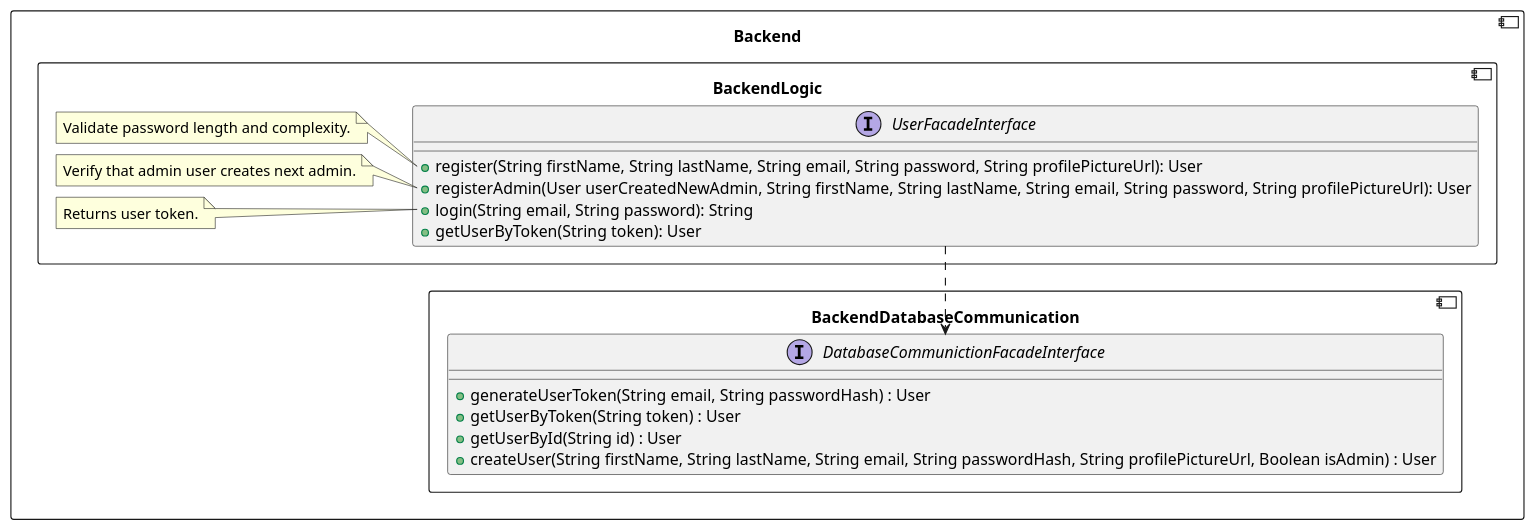
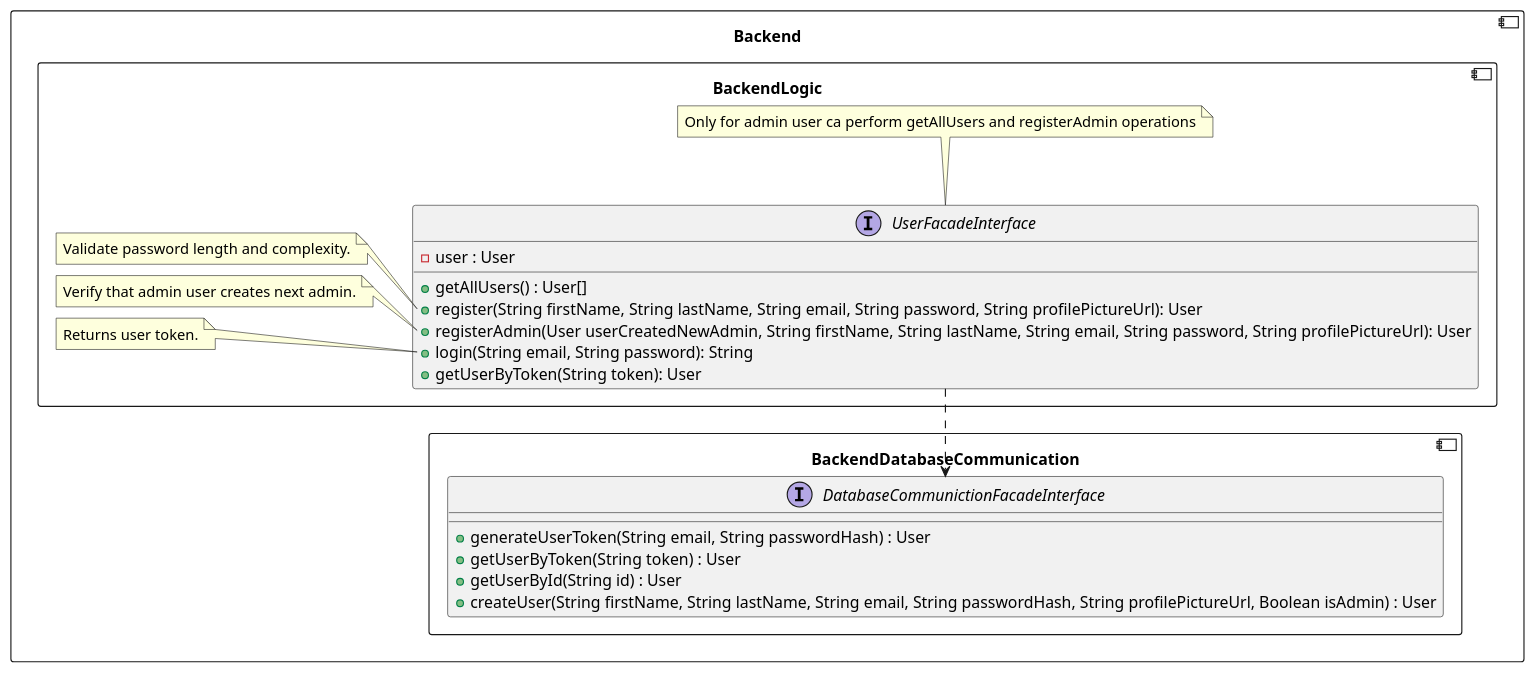
Before and after one commit to RadekBucki/OpinionCollectorArchitecture: the second of 5 diagrams in backend/BackendLogic.md, drawn with PlantUML. The commit also changed 1 other file, not shown here.

Commit message:
Add get all users

````diff
--- a/backend/BackendLogic.md
+++ b/backend/BackendLogic.md
@@ -27,37 +27,43 @@
 ```plantuml
 @startuml
 component Backend {
     component BackendDatabaseCommunication {
         interface DatabaseCommunictionFacadeInterface {
             + generateUserToken(String email, String passwordHash) : User
             + getUserByToken(String token) : User
             + getUserById(String id) : User
             + createUser(String firstName, String lastName, String email, String passwordHash, String profilePictureUrl, Boolean isAdmin) : User
         }
     }
     
     component BackendLogic {
         UserFacadeInterface  ..> DatabaseCommunictionFacadeInterface
         
         interface UserFacadeInterface {
+            - user : User
+            + getAllUsers() : User[]
             + register(String firstName, String lastName, String email, String password, String profilePictureUrl): User
             + registerAdmin(User userCreatedNewAdmin, String firstName, String lastName, String email, String password, String profilePictureUrl): User
             + login(String email, String password): String
             + getUserByToken(String token): User
         }
+    
+        note top of UserFacadeInterface
+            Only for admin user ca perform getAllUsers and registerAdmin operations
+        endnote
     
         note left of UserFacadeInterface::register
             Validate password length and complexity.
         endnote
     
         note left of UserFacadeInterface::registerAdmin
             Verify that admin user creates next admin.
         endnote
     
         note left of UserFacadeInterface::login
             Returns user token.
         endnote
     }
 }
 @enduml 
 ```
````
